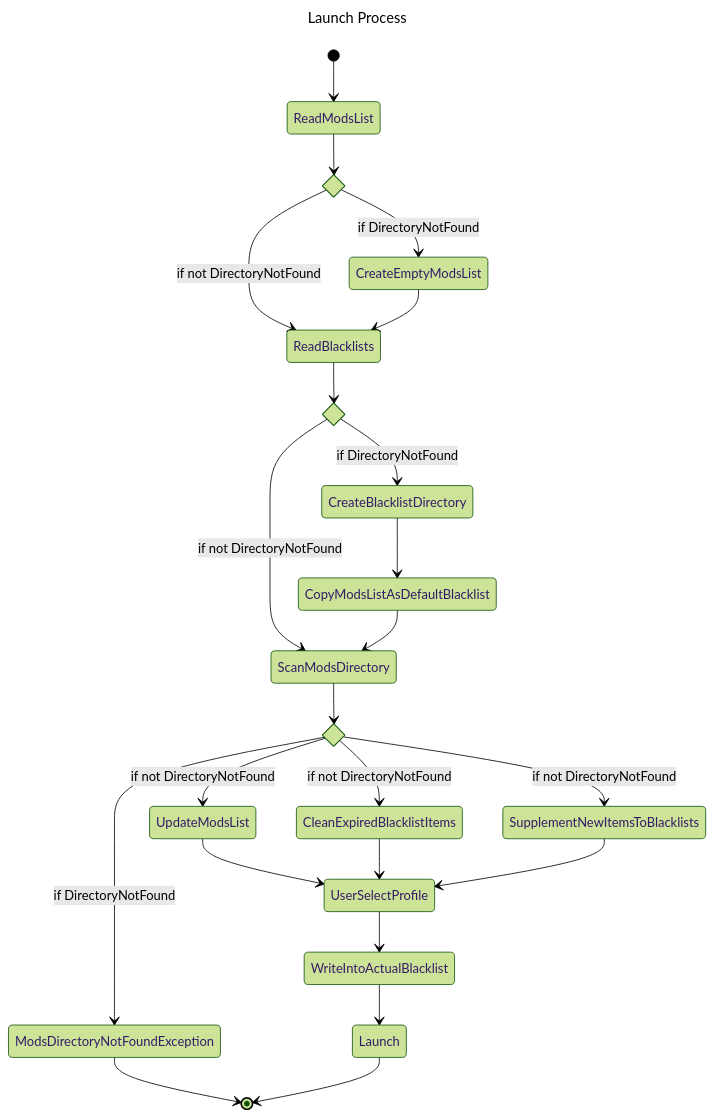
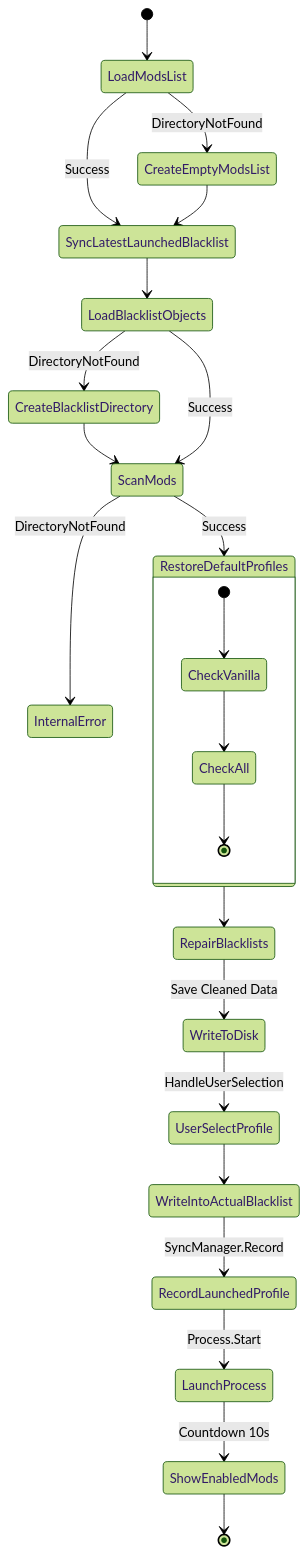
The first of 2 diagrams in Docs/Draft.md (Hexa5586/Parnassus), drawn with Mermaid (forest theme) before and after one commit. The commit also changed other lines of this file and 6 other files, not shown here.

````diff
--- a/Docs/Draft.md
+++ b/Docs/Draft.md
@@ -5,31 +5,31 @@
 ```mermaid
----
-title: Launch Process
----
 stateDiagram-v2
-    state CheckModsListDirectory <<choice>>
-    state CheckBlacklistDirectory <<choice>>
-    state CheckModsDirectory <<choice>>
-    [*] --> ReadModsList
-    ReadModsList --> CheckModsListDirectory
-    CheckModsListDirectory --> ReadBlacklists: if not DirectoryNotFound
-    CheckModsListDirectory --> CreateEmptyModsList: if DirectoryNotFound
-    CreateEmptyModsList --> ReadBlacklists
-    ReadBlacklists --> CheckBlacklistDirectory
-    CheckBlacklistDirectory --> ScanModsDirectory: if not DirectoryNotFound
-    CheckBlacklistDirectory --> CreateBlacklistDirectory: if DirectoryNotFound
-    CreateBlacklistDirectory --> CopyModsListAsDefaultBlacklist
-    CopyModsListAsDefaultBlacklist --> ScanModsDirectory
-    ScanModsDirectory --> CheckModsDirectory
-    CheckModsDirectory --> ModsDirectoryNotFoundException: if DirectoryNotFound
-    ModsDirectoryNotFoundException --> [*]
-    CheckModsDirectory --> UpdateModsList: if not DirectoryNotFound
-    CheckModsDirectory --> CleanExpiredBlacklistItems: if not DirectoryNotFound
-    CheckModsDirectory --> SupplementNewItemsToBlacklists: if not DirectoryNotFound
-    UpdateModsList --> UserSelectProfile
-    CleanExpiredBlacklistItems --> UserSelectProfile
-    SupplementNewItemsToBlacklists --> UserSelectProfile
+    [*] --> LoadModsList
+    LoadModsList --> CreateEmptyModsList: DirectoryNotFound
+    LoadModsList --> SyncLatestLaunchedBlacklist: Success
+    CreateEmptyModsList --> SyncLatestLaunchedBlacklist
+    
+    SyncLatestLaunchedBlacklist --> LoadBlacklistObjects
+    LoadBlacklistObjects --> CreateBlacklistDirectory: DirectoryNotFound
+    CreateBlacklistDirectory --> ScanMods
+    LoadBlacklistObjects --> ScanMods: Success
+    
+    ScanMods --> InternalError: DirectoryNotFound
+    ScanMods --> RestoreDefaultProfiles: Success
+    
+    state RestoreDefaultProfiles {
+        [*] --> CheckVanilla
+        CheckVanilla --> CheckAll
+        CheckAll --> [*]
+    }
+    
+    RestoreDefaultProfiles --> RepairBlacklists
+    RepairBlacklists --> WriteToDisk: Save Cleaned Data
+    WriteToDisk --> UserSelectProfile: HandleUserSelection
+    
     UserSelectProfile --> WriteIntoActualBlacklist
-    WriteIntoActualBlacklist --> Launch
-    Launch --> [*]
+    WriteIntoActualBlacklist --> RecordLaunchedProfile: SyncManager.Record
+    RecordLaunchedProfile --> LaunchProcess: Process.Start
+    LaunchProcess --> ShowEnabledMods: Countdown 10s
+    ShowEnabledMods --> [*]
 ```
````
